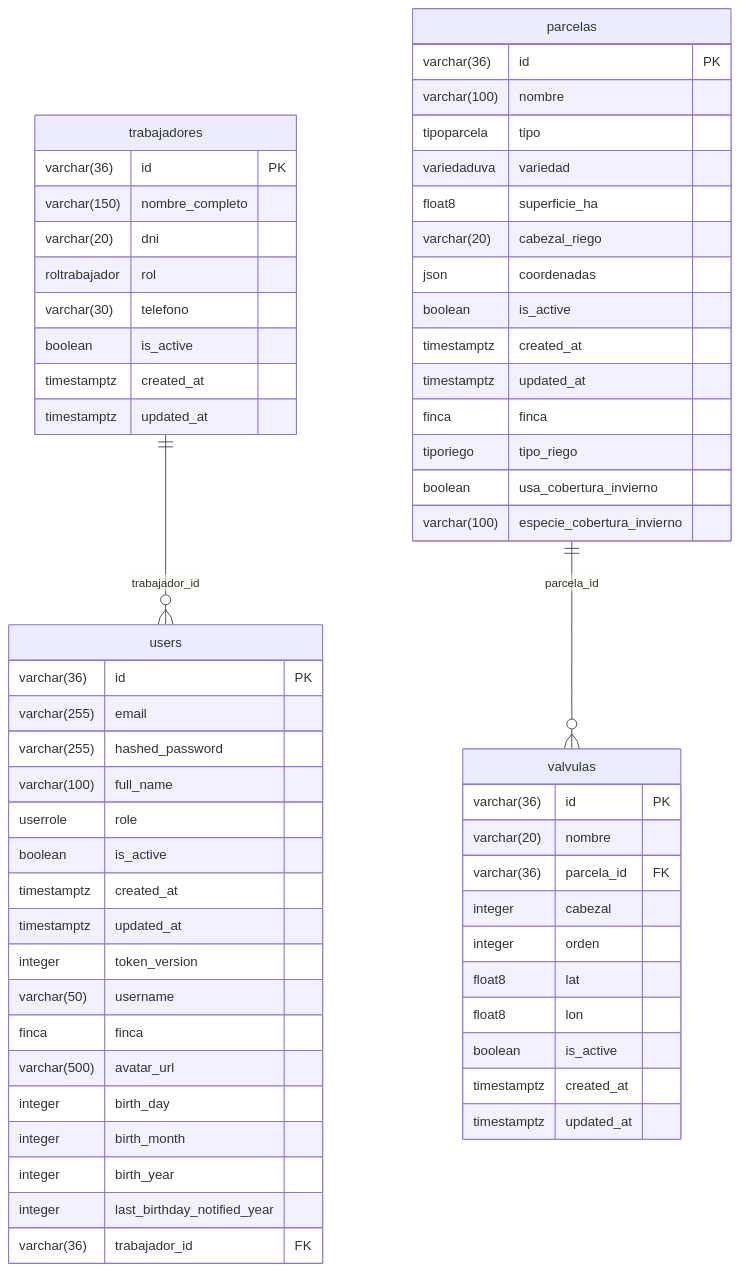
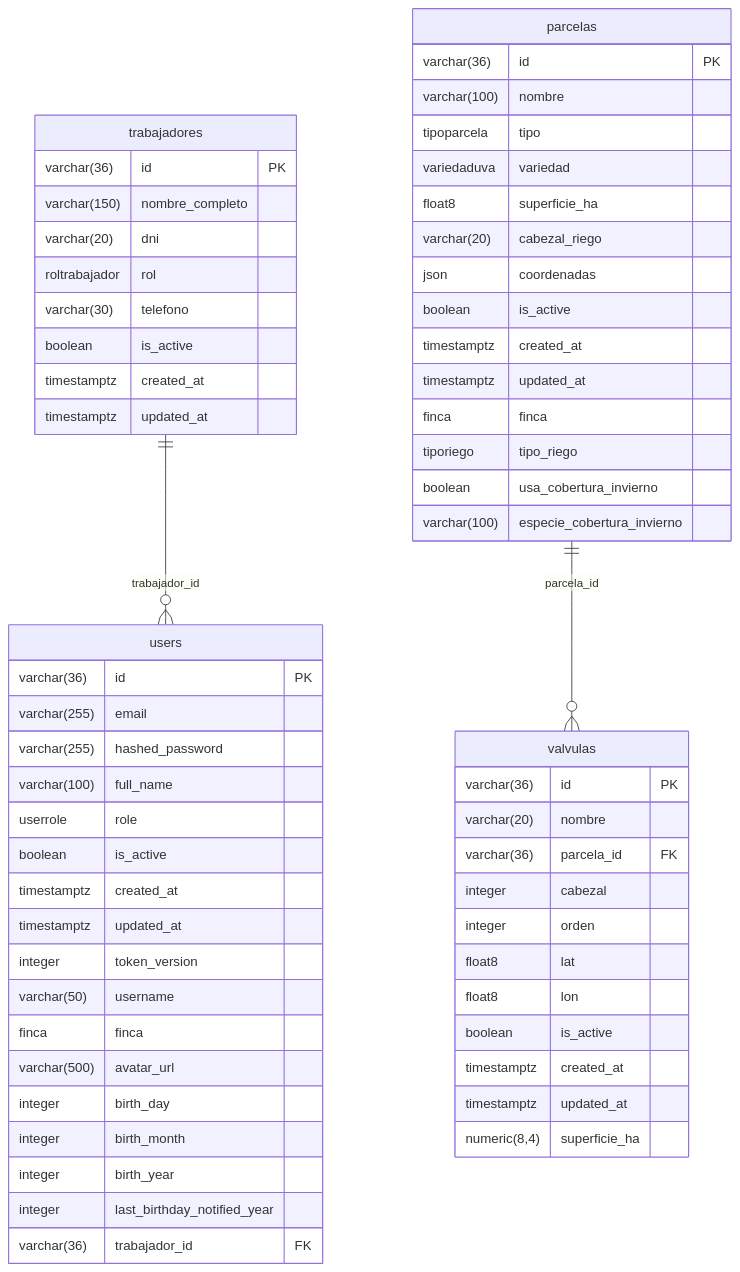
One commit to FaustoYanzon/Proyecto-Gestion-Los-Lirios- changed the second of 10 diagrams in docs/sistema/Modelo de Datos.md. Above: the diagram before and after it, drawn with Mermaid. The commit also changed other lines of this file and 4 other files, not shown here.

````diff
--- a/docs/sistema/Modelo de Datos.md
+++ b/docs/sistema/Modelo de Datos.md
@@ -97,62 +105,63 @@
 ```mermaid
 erDiagram
     trabajadores ||--o{ users : "trabajador_id"
     parcelas ||--o{ valvulas : "parcela_id"
     users {
         varchar(36) id PK
         varchar(255) email
         varchar(255) hashed_password
         varchar(100) full_name
         userrole role
         boolean is_active
         timestamptz created_at
         timestamptz updated_at
         integer token_version
         varchar(50) username
         finca finca
         varchar(500) avatar_url
         integer birth_day
         integer birth_month
         integer birth_year
         integer last_birthday_notified_year
         varchar(36) trabajador_id FK
     }
     trabajadores {
         varchar(36) id PK
         varchar(150) nombre_completo
         varchar(20) dni
         roltrabajador rol
         varchar(30) telefono
         boolean is_active
         timestamptz created_at
         timestamptz updated_at
     }
     parcelas {
         varchar(36) id PK
         varchar(100) nombre
         tipoparcela tipo
         variedaduva variedad
         float8 superficie_ha
         varchar(20) cabezal_riego
         json coordenadas
         boolean is_active
         timestamptz created_at
         timestamptz updated_at
         finca finca
         tiporiego tipo_riego
         boolean usa_cobertura_invierno
         varchar(100) especie_cobertura_invierno
     }
     valvulas {
         varchar(36) id PK
         varchar(20) nombre
         varchar(36) parcela_id FK
         integer cabezal
         integer orden
         float8 lat
         float8 lon
         boolean is_active
         timestamptz created_at
         timestamptz updated_at
+        numeric(8,4) superficie_ha
     }
 ```
````
